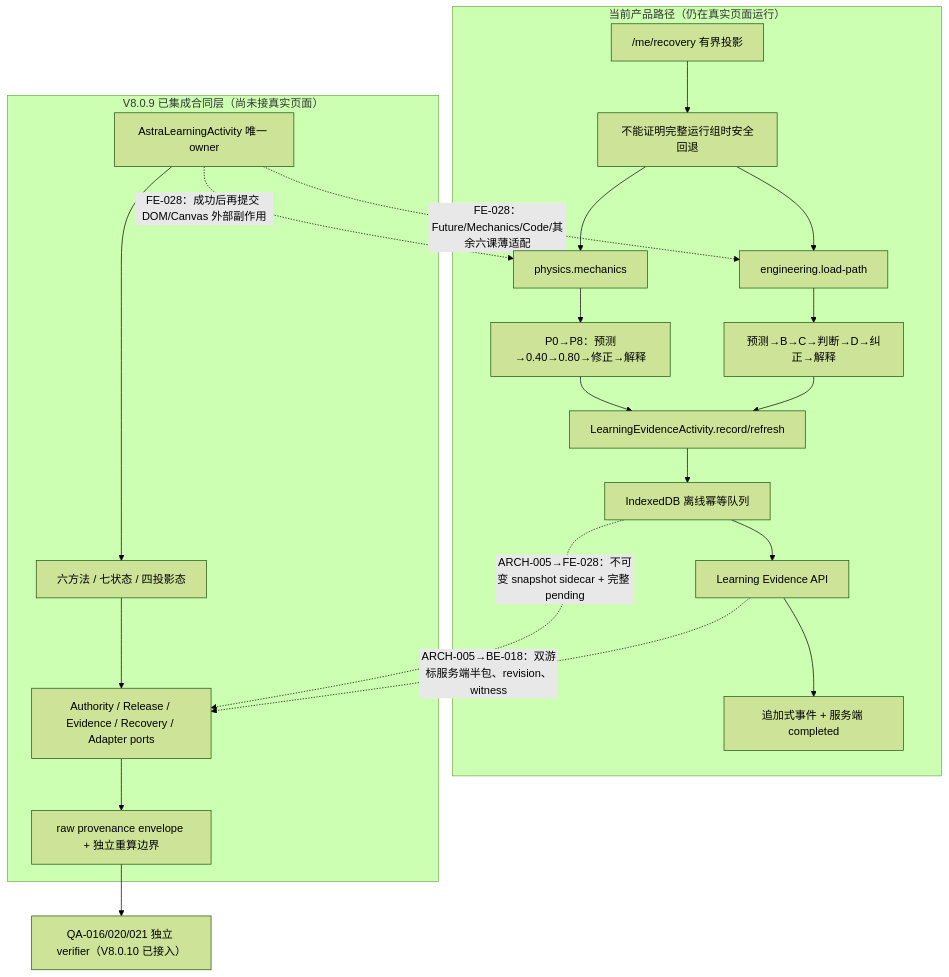
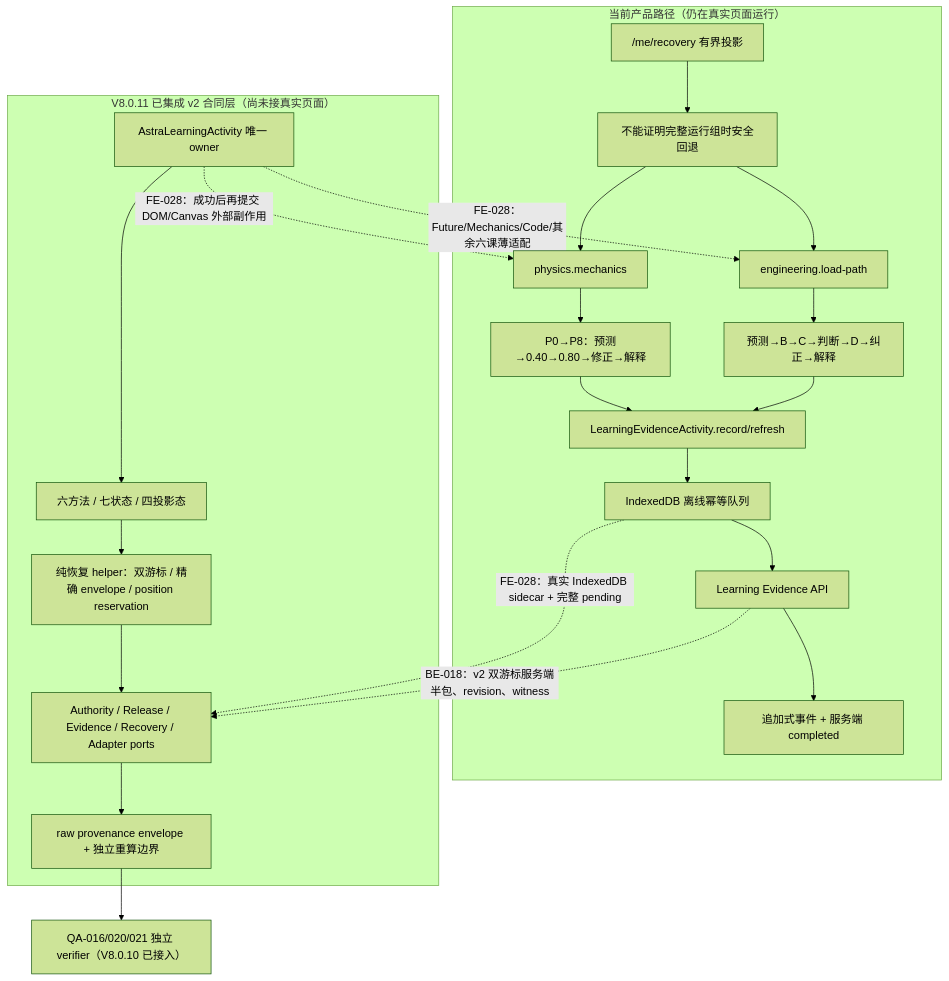
Before and after one commit to falling-feather/Astra: the fifth of 7 diagrams in doc/02-项目规划.md, drawn with Mermaid (forest theme). The commit also changed other lines of this file and 2 other files, not shown here.

````diff
--- a/doc/02-项目规划.md
+++ b/doc/02-项目规划.md
@@ -301,25 +302,26 @@
 ```mermaid
 flowchart TB
     subgraph CURRENT["当前产品路径（仍在真实页面运行）"]
         FUI["engineering.load-path"] --> FGATE["预测→B→C→判断→D→纠正→解释"]
         MUI["physics.mechanics"] --> MGATE["P0→P8：预测→0.40→0.80→修正→解释"]
         FGATE --> LEGACY["LearningEvidenceActivity.record/refresh"]
         MGATE --> LEGACY
         LEGACY --> QUEUE["IndexedDB 离线幂等队列"]
         QUEUE --> API["Learning Evidence API"]
         API --> EVENT["追加式事件 + 服务端 completed"]
         OLDREC["/me/recovery 有界投影"] --> SAFE["不能证明完整运行组时安全回退"]
         SAFE --> FUI
         SAFE --> MUI
     end
-    subgraph CONTRACT["V8.0.9 已集成合同层（尚未接真实页面）"]
+    subgraph CONTRACT["V8.0.11 已集成 v2 合同层（尚未接真实页面）"]
         KERNEL["AstraLearningActivity 唯一 owner"] --> METHODS["六方法 / 七状态 / 四投影态"]
-        METHODS --> PORTS["Authority / Release / Evidence / Recovery / Adapter ports"]
+        METHODS --> RECOVERY["纯恢复 helper：双游标 / 精确 envelope / position reservation"]
+        RECOVERY --> PORTS["Authority / Release / Evidence / Recovery / Adapter ports"]
         PORTS --> PROV["raw provenance envelope + 独立重算边界"]
     end
-    API -. "ARCH-005→BE-018：双游标服务端半包、revision、witness" .-> PORTS
-    QUEUE -. "ARCH-005→FE-028：不可变 snapshot sidecar + 完整 pending" .-> PORTS
+    API -. "BE-018：v2 双游标服务端半包、revision、witness" .-> PORTS
+    QUEUE -. "FE-028：真实 IndexedDB sidecar + 完整 pending" .-> PORTS
     KERNEL -. "FE-028：Future/Mechanics/Code/其余六课薄适配" .-> FUI
     KERNEL -. "FE-028：成功后再提交 DOM/Canvas 外部副作用" .-> MUI
     PROV --> QA["QA-016/020/021 独立 verifier（V8.0.10 已接入）"]
 ```
````
